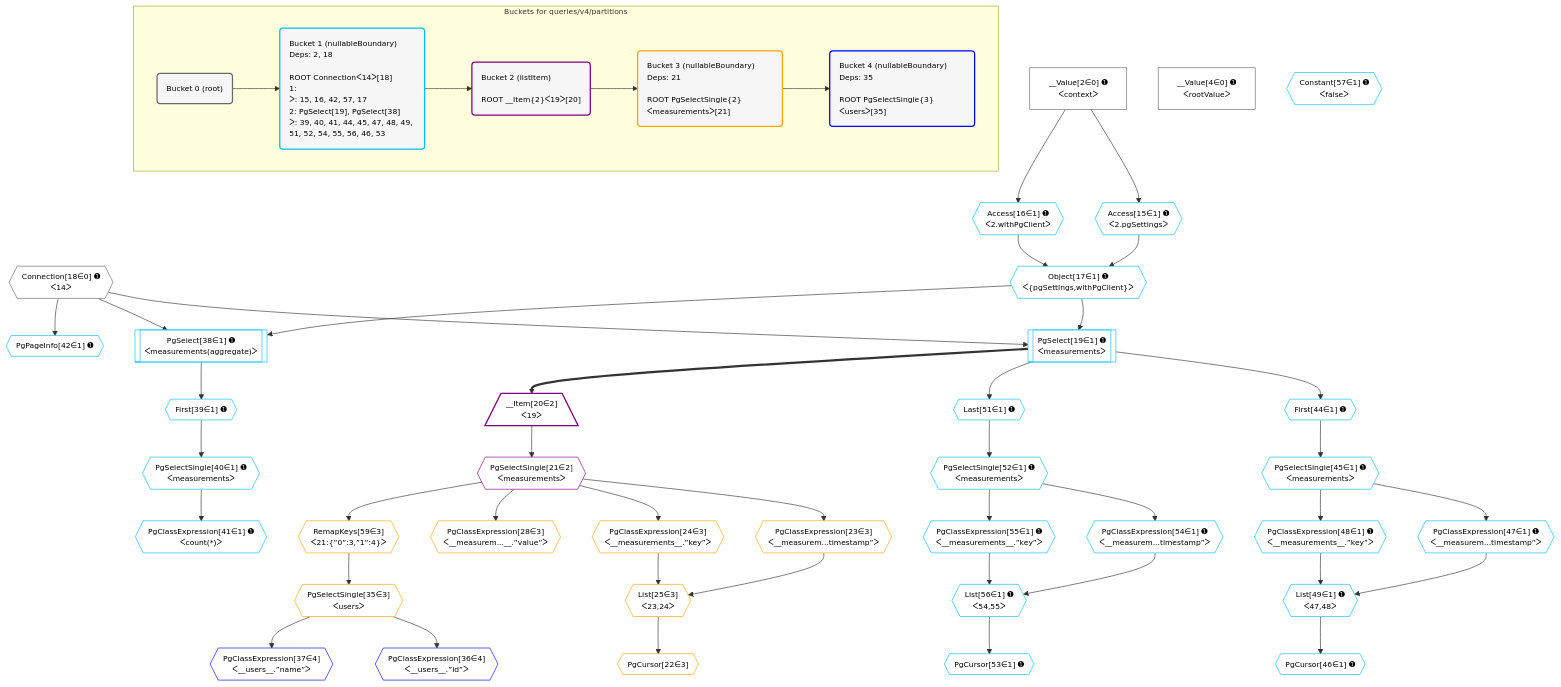
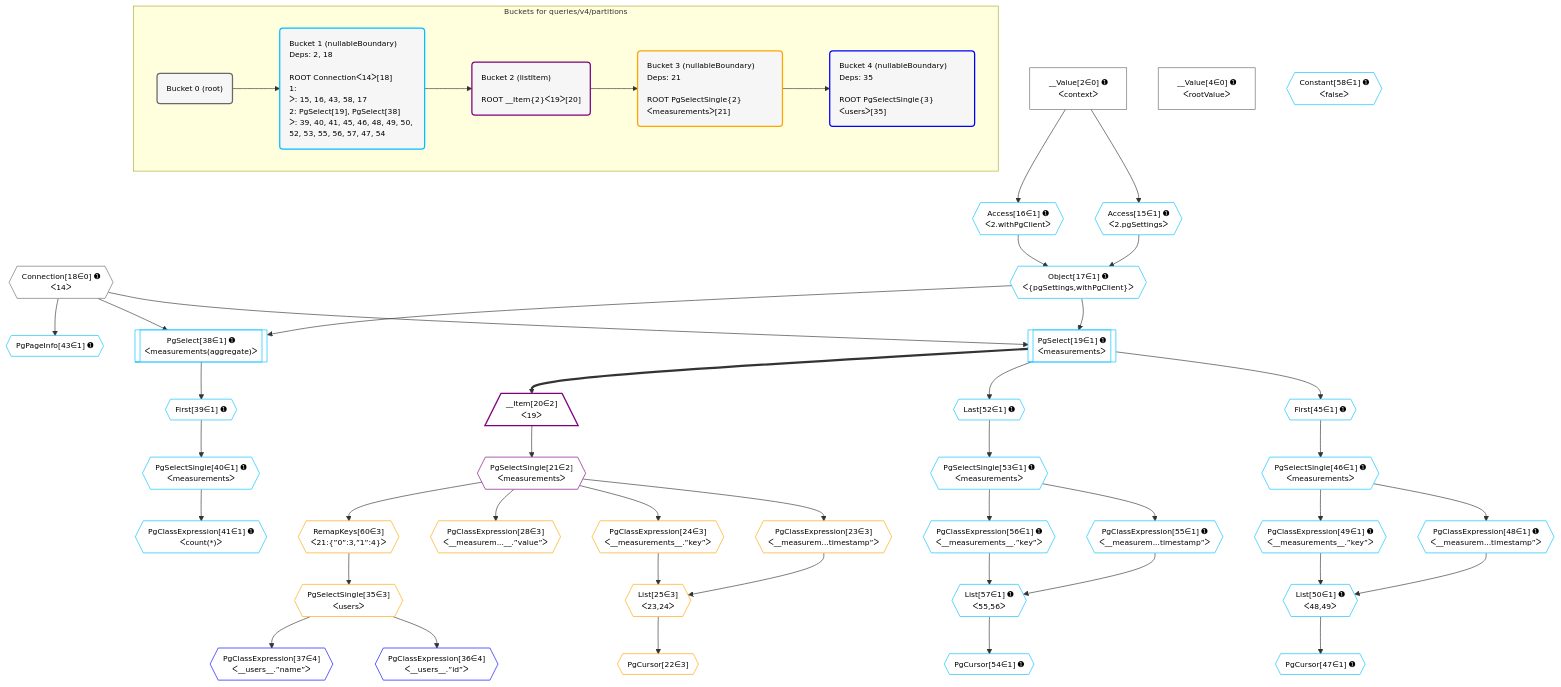
Before and after one commit to graphile/crystal: the diagram in postgraphile/postgraphile/__tests__/queries/v4/partitions.mermaid, drawn with Mermaid. The commit also changed 53 other files, not shown here.

```diff
--- a/postgraphile/postgraphile/__tests__/queries/v4/partitions.mermaid
+++ b/postgraphile/postgraphile/__tests__/queries/v4/partitions.mermaid
@@ -1,103 +1,103 @@
 %%{init: {'themeVariables': { 'fontSize': '12px'}}}%%
 graph TD
     classDef path fill:#eee,stroke:#000,color:#000
     classDef plan fill:#fff,stroke-width:1px,color:#000
     classDef itemplan fill:#fff,stroke-width:2px,color:#000
     classDef unbatchedplan fill:#dff,stroke-width:1px,color:#000
     classDef sideeffectplan fill:#fcc,stroke-width:2px,color:#000
     classDef bucket fill:#f6f6f6,color:#000,stroke-width:2px,text-align:left
 
 
     %% plan dependencies
     __Value2["__Value[2∈0] ➊<br />ᐸcontextᐳ"]:::plan
     __Value4["__Value[4∈0] ➊<br />ᐸrootValueᐳ"]:::plan
     Connection18{{"Connection[18∈0] ➊<br />ᐸ14ᐳ"}}:::plan
     Object17{{"Object[17∈1] ➊<br />ᐸ{pgSettings,withPgClient}ᐳ"}}:::plan
     Access15{{"Access[15∈1] ➊<br />ᐸ2.pgSettingsᐳ"}}:::plan
     Access16{{"Access[16∈1] ➊<br />ᐸ2.withPgClientᐳ"}}:::plan
     Access15 & Access16 --> Object17
     PgSelect19[["PgSelect[19∈1] ➊<br />ᐸmeasurementsᐳ"]]:::plan
     Object17 & Connection18 --> PgSelect19
     PgSelect38[["PgSelect[38∈1] ➊<br />ᐸmeasurements(aggregate)ᐳ"]]:::plan
     Object17 & Connection18 --> PgSelect38
-    List49{{"List[49∈1] ➊<br />ᐸ47,48ᐳ"}}:::plan
-    PgClassExpression47{{"PgClassExpression[47∈1] ➊<br />ᐸ__measurem...timestamp”ᐳ"}}:::plan
-    PgClassExpression48{{"PgClassExpression[48∈1] ➊<br />ᐸ__measurements__.”key”ᐳ"}}:::plan
-    PgClassExpression47 & PgClassExpression48 --> List49
-    List56{{"List[56∈1] ➊<br />ᐸ54,55ᐳ"}}:::plan
-    PgClassExpression54{{"PgClassExpression[54∈1] ➊<br />ᐸ__measurem...timestamp”ᐳ"}}:::plan
-    PgClassExpression55{{"PgClassExpression[55∈1] ➊<br />ᐸ__measurements__.”key”ᐳ"}}:::plan
-    PgClassExpression54 & PgClassExpression55 --> List56
+    List50{{"List[50∈1] ➊<br />ᐸ48,49ᐳ"}}:::plan
+    PgClassExpression48{{"PgClassExpression[48∈1] ➊<br />ᐸ__measurem...timestamp”ᐳ"}}:::plan
+    PgClassExpression49{{"PgClassExpression[49∈1] ➊<br />ᐸ__measurements__.”key”ᐳ"}}:::plan
+    PgClassExpression48 & PgClassExpression49 --> List50
+    List57{{"List[57∈1] ➊<br />ᐸ55,56ᐳ"}}:::plan
+    PgClassExpression55{{"PgClassExpression[55∈1] ➊<br />ᐸ__measurem...timestamp”ᐳ"}}:::plan
+    PgClassExpression56{{"PgClassExpression[56∈1] ➊<br />ᐸ__measurements__.”key”ᐳ"}}:::plan
+    PgClassExpression55 & PgClassExpression56 --> List57
     __Value2 --> Access15
     __Value2 --> Access16
     First39{{"First[39∈1] ➊"}}:::plan
     PgSelect38 --> First39
     PgSelectSingle40{{"PgSelectSingle[40∈1] ➊<br />ᐸmeasurementsᐳ"}}:::plan
     First39 --> PgSelectSingle40
     PgClassExpression41{{"PgClassExpression[41∈1] ➊<br />ᐸcount(*)ᐳ"}}:::plan
     PgSelectSingle40 --> PgClassExpression41
-    PgPageInfo42{{"PgPageInfo[42∈1] ➊"}}:::plan
-    Connection18 --> PgPageInfo42
-    First44{{"First[44∈1] ➊"}}:::plan
-    PgSelect19 --> First44
-    PgSelectSingle45{{"PgSelectSingle[45∈1] ➊<br />ᐸmeasurementsᐳ"}}:::plan
-    First44 --> PgSelectSingle45
-    PgCursor46{{"PgCursor[46∈1] ➊"}}:::plan
-    List49 --> PgCursor46
-    PgSelectSingle45 --> PgClassExpression47
-    PgSelectSingle45 --> PgClassExpression48
-    Last51{{"Last[51∈1] ➊"}}:::plan
-    PgSelect19 --> Last51
-    PgSelectSingle52{{"PgSelectSingle[52∈1] ➊<br />ᐸmeasurementsᐳ"}}:::plan
-    Last51 --> PgSelectSingle52
-    PgCursor53{{"PgCursor[53∈1] ➊"}}:::plan
-    List56 --> PgCursor53
-    PgSelectSingle52 --> PgClassExpression54
-    PgSelectSingle52 --> PgClassExpression55
-    Constant57{{"Constant[57∈1] ➊<br />ᐸfalseᐳ"}}:::plan
+    PgPageInfo43{{"PgPageInfo[43∈1] ➊"}}:::plan
+    Connection18 --> PgPageInfo43
+    First45{{"First[45∈1] ➊"}}:::plan
+    PgSelect19 --> First45
+    PgSelectSingle46{{"PgSelectSingle[46∈1] ➊<br />ᐸmeasurementsᐳ"}}:::plan
+    First45 --> PgSelectSingle46
+    PgCursor47{{"PgCursor[47∈1] ➊"}}:::plan
+    List50 --> PgCursor47
+    PgSelectSingle46 --> PgClassExpression48
+    PgSelectSingle46 --> PgClassExpression49
+    Last52{{"Last[52∈1] ➊"}}:::plan
+    PgSelect19 --> Last52
+    PgSelectSingle53{{"PgSelectSingle[53∈1] ➊<br />ᐸmeasurementsᐳ"}}:::plan
+    Last52 --> PgSelectSingle53
+    PgCursor54{{"PgCursor[54∈1] ➊"}}:::plan
+    List57 --> PgCursor54
+    PgSelectSingle53 --> PgClassExpression55
+    PgSelectSingle53 --> PgClassExpression56
+    Constant58{{"Constant[58∈1] ➊<br />ᐸfalseᐳ"}}:::plan
     __Item20[/"__Item[20∈2]<br />ᐸ19ᐳ"\]:::itemplan
     PgSelect19 ==> __Item20
     PgSelectSingle21{{"PgSelectSingle[21∈2]<br />ᐸmeasurementsᐳ"}}:::plan
     __Item20 --> PgSelectSingle21
     List25{{"List[25∈3]<br />ᐸ23,24ᐳ"}}:::plan
     PgClassExpression23{{"PgClassExpression[23∈3]<br />ᐸ__measurem...timestamp”ᐳ"}}:::plan
     PgClassExpression24{{"PgClassExpression[24∈3]<br />ᐸ__measurements__.”key”ᐳ"}}:::plan
     PgClassExpression23 & PgClassExpression24 --> List25
     PgCursor22{{"PgCursor[22∈3]"}}:::plan
     List25 --> PgCursor22
     PgSelectSingle21 --> PgClassExpression23
     PgSelectSingle21 --> PgClassExpression24
     PgClassExpression28{{"PgClassExpression[28∈3]<br />ᐸ__measurem...__.”value”ᐳ"}}:::plan
     PgSelectSingle21 --> PgClassExpression28
     PgSelectSingle35{{"PgSelectSingle[35∈3]<br />ᐸusersᐳ"}}:::plan
-    RemapKeys59{{"RemapKeys[59∈3]<br />ᐸ21:{”0”:3,”1”:4}ᐳ"}}:::plan
-    RemapKeys59 --> PgSelectSingle35
-    PgSelectSingle21 --> RemapKeys59
+    RemapKeys60{{"RemapKeys[60∈3]<br />ᐸ21:{”0”:3,”1”:4}ᐳ"}}:::plan
+    RemapKeys60 --> PgSelectSingle35
+    PgSelectSingle21 --> RemapKeys60
     PgClassExpression36{{"PgClassExpression[36∈4]<br />ᐸ__users__.”id”ᐳ"}}:::plan
     PgSelectSingle35 --> PgClassExpression36
     PgClassExpression37{{"PgClassExpression[37∈4]<br />ᐸ__users__.”name”ᐳ"}}:::plan
     PgSelectSingle35 --> PgClassExpression37
 
     %% define steps
 
     subgraph "Buckets for queries/v4/partitions"
     Bucket0("Bucket 0 (root)"):::bucket
     classDef bucket0 stroke:#696969
     class Bucket0,__Value2,__Value4,Connection18 bucket0
-    Bucket1("Bucket 1 (nullableBoundary)<br />Deps: 2, 18<br /><br />ROOT Connectionᐸ14ᐳ[18]<br />1: <br />ᐳ: 15, 16, 42, 57, 17<br />2: PgSelect[19], PgSelect[38]<br />ᐳ: 39, 40, 41, 44, 45, 47, 48, 49, 51, 52, 54, 55, 56, 46, 53"):::bucket
+    Bucket1("Bucket 1 (nullableBoundary)<br />Deps: 2, 18<br /><br />ROOT Connectionᐸ14ᐳ[18]<br />1: <br />ᐳ: 15, 16, 43, 58, 17<br />2: PgSelect[19], PgSelect[38]<br />ᐳ: 39, 40, 41, 45, 46, 48, 49, 50, 52, 53, 55, 56, 57, 47, 54"):::bucket
     classDef bucket1 stroke:#00bfff
-    class Bucket1,Access15,Access16,Object17,PgSelect19,PgSelect38,First39,PgSelectSingle40,PgClassExpression41,PgPageInfo42,First44,PgSelectSingle45,PgCursor46,PgClassExpression47,PgClassExpression48,List49,Last51,PgSelectSingle52,PgCursor53,PgClassExpression54,PgClassExpression55,List56,Constant57 bucket1
+    class Bucket1,Access15,Access16,Object17,PgSelect19,PgSelect38,First39,PgSelectSingle40,PgClassExpression41,PgPageInfo43,First45,PgSelectSingle46,PgCursor47,PgClassExpression48,PgClassExpression49,List50,Last52,PgSelectSingle53,PgCursor54,PgClassExpression55,PgClassExpression56,List57,Constant58 bucket1
     Bucket2("Bucket 2 (listItem)<br /><br />ROOT __Item{2}ᐸ19ᐳ[20]"):::bucket
     classDef bucket2 stroke:#7f007f
     class Bucket2,__Item20,PgSelectSingle21 bucket2
     Bucket3("Bucket 3 (nullableBoundary)<br />Deps: 21<br /><br />ROOT PgSelectSingle{2}ᐸmeasurementsᐳ[21]"):::bucket
     classDef bucket3 stroke:#ffa500
-    class Bucket3,PgCursor22,PgClassExpression23,PgClassExpression24,List25,PgClassExpression28,PgSelectSingle35,RemapKeys59 bucket3
+    class Bucket3,PgCursor22,PgClassExpression23,PgClassExpression24,List25,PgClassExpression28,PgSelectSingle35,RemapKeys60 bucket3
     Bucket4("Bucket 4 (nullableBoundary)<br />Deps: 35<br /><br />ROOT PgSelectSingle{3}ᐸusersᐳ[35]"):::bucket
     classDef bucket4 stroke:#0000ff
     class Bucket4,PgClassExpression36,PgClassExpression37 bucket4
     Bucket0 --> Bucket1
     Bucket1 --> Bucket2
     Bucket2 --> Bucket3
     Bucket3 --> Bucket4
     end
```
